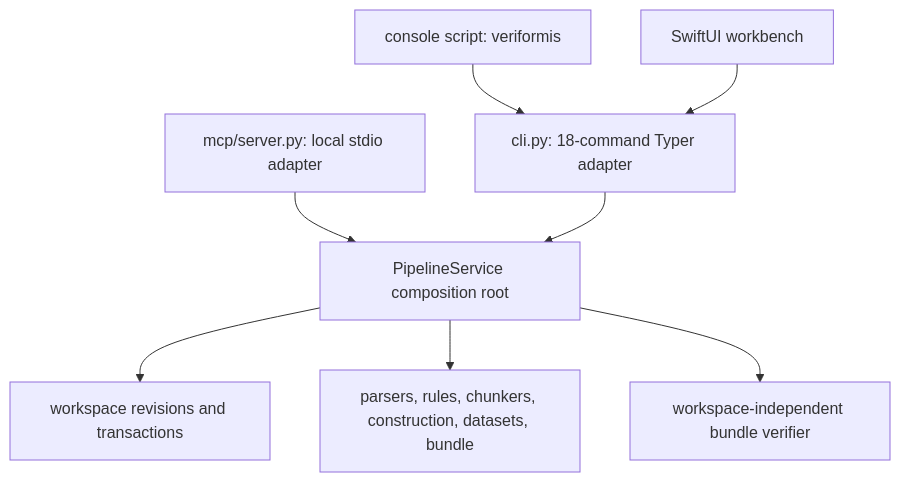
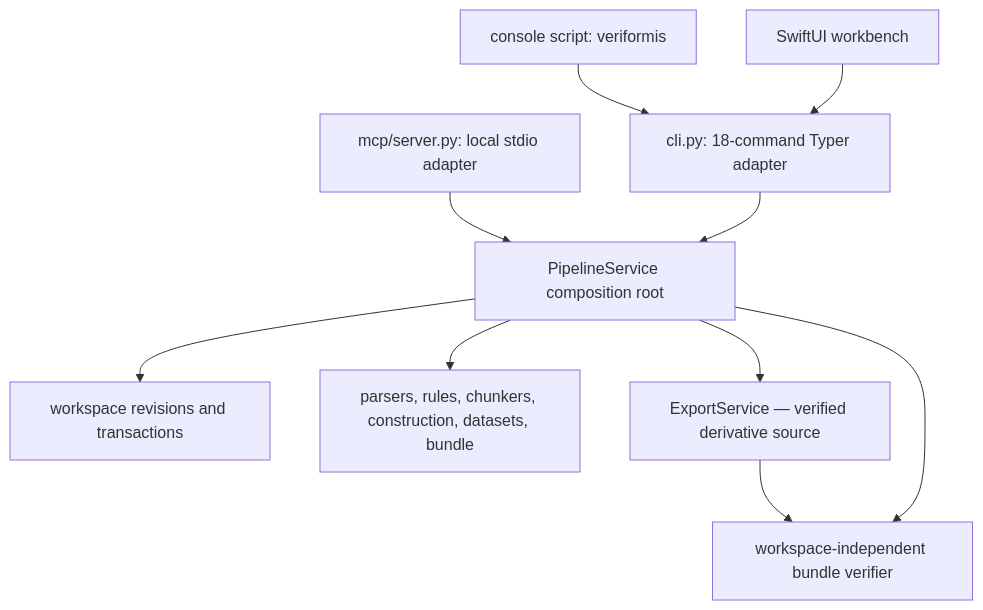
The first of 2 diagrams in docs/architecture/entry-points.md (ogprotege/Veriformis), drawn with Mermaid before and after one commit. The commit also changed other lines of this file and 33 other files, not shown here.

Commit message:
feat: add verified export service foundation (#43)

````diff
--- a/docs/architecture/entry-points.md
+++ b/docs/architecture/entry-points.md
@@ -36,10 +38,12 @@
 ```mermaid
 flowchart TD
     script["console script: veriformis"] --> cli["cli.py: 18-command Typer adapter"]
     mcp["mcp/server.py: local stdio adapter"] --> service["PipelineService composition root"]
     cli --> service
     mac["SwiftUI workbench"] --> cli
     service --> workspace["workspace revisions and transactions"]
     service --> domains["parsers, rules, chunkers, construction, datasets, bundle"]
+    service --> exports["ExportService — verified derivative source"]
+    exports --> verifier
     service --> verifier["workspace-independent bundle verifier"]
 ```
````
